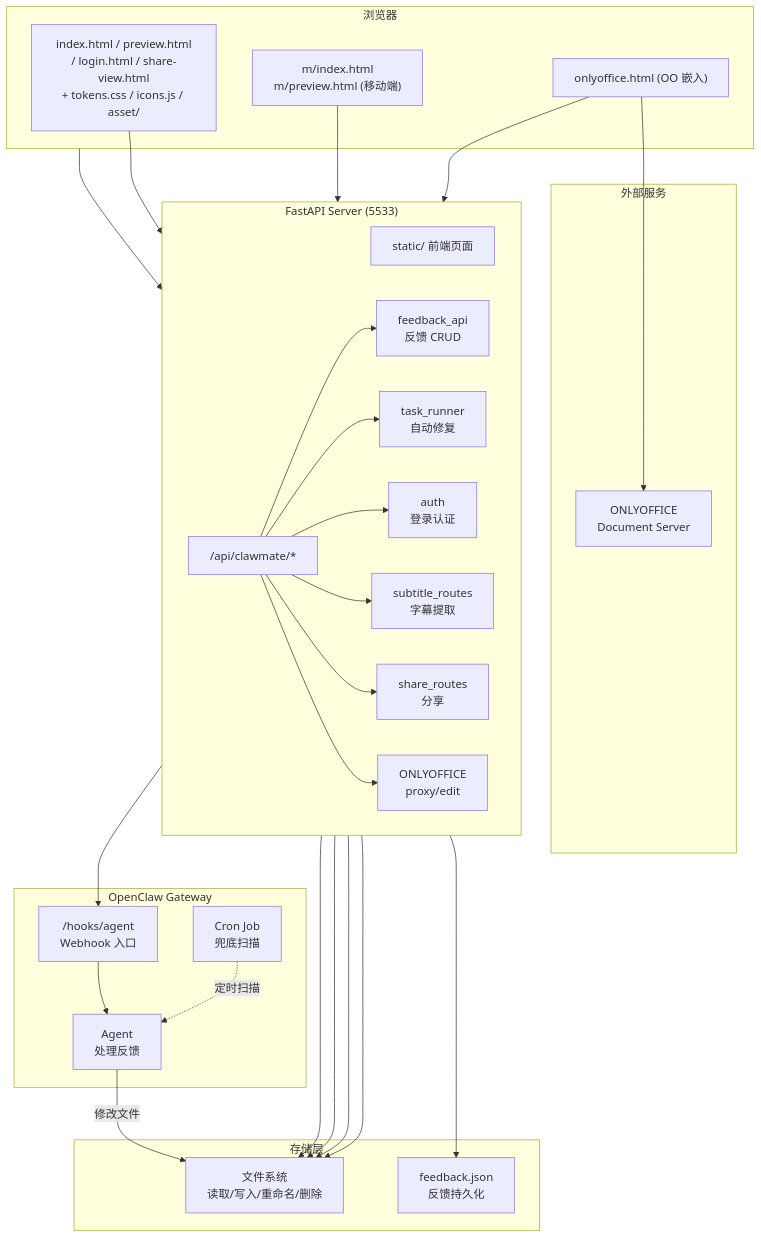
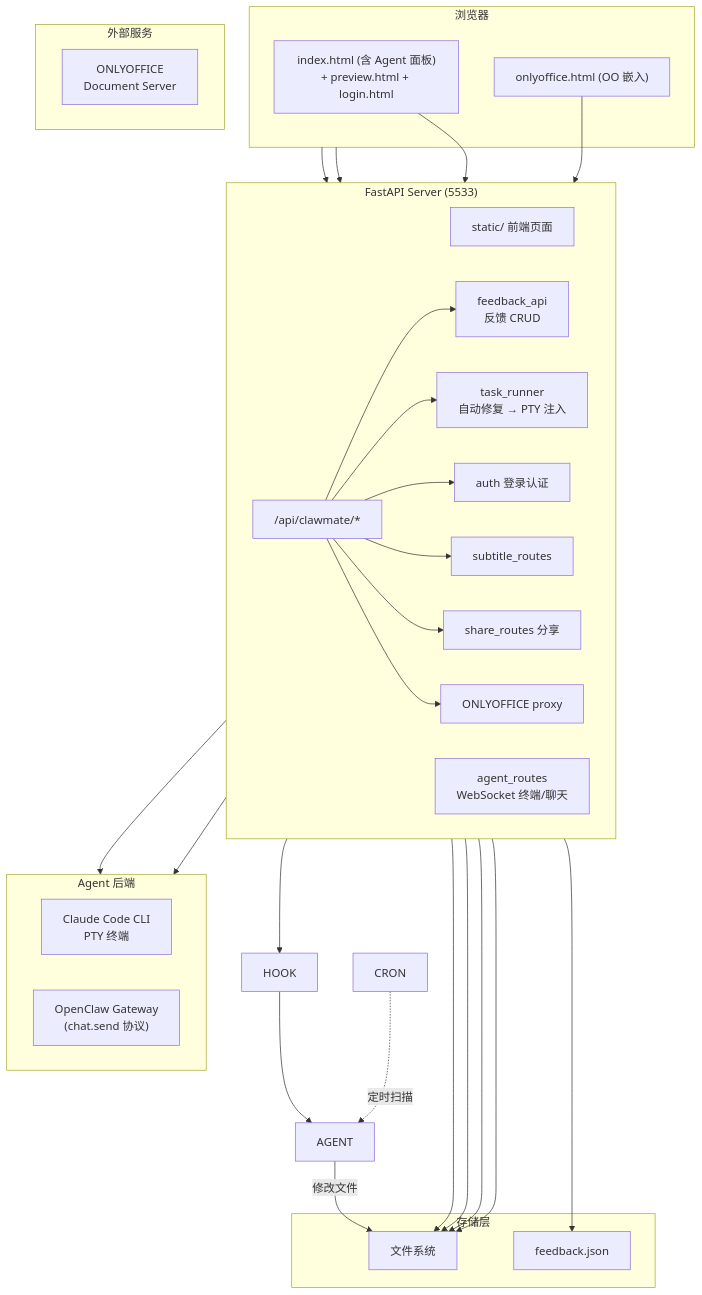
Before and after one commit to updatedb/clawmate: the third of 3 diagrams in README.md, drawn with Mermaid. The commit also changed other lines of this file and 17 other files, not shown here.

First line of the commit message:
feat(v1.40): Agent panel dual-backend, responsive strategy, list view optimization

````diff
--- a/README.md
+++ b/README.md
@@ -187,72 +249,67 @@
 ```mermaid
 flowchart TB
     subgraph Browser["浏览器"]
-        UI["index.html / preview.html\n/ login.html / share-view.html\n+ tokens.css / icons.js / asset/"]
-        MOBILE["m/index.html\nm/preview.html (移动端)"]
+        UI["index.html (含 Agent 面板)
++ preview.html + login.html"]
         OO["onlyoffice.html (OO 嵌入)"]
     end
 
     subgraph Server["FastAPI Server (5533)"]
         direction LR
         STATIC["static/ 前端页面"]
         API["/api/clawmate/*"]
+        AGENT_WS["agent_routes
+WebSocket 终端/聊天"]
         FEEDBACK["feedback_api
 反馈 CRUD"]
         TASK["task_runner
-自动修复"]
-        AUTH["auth
-登录认证"]
-        SUB["subtitle_routes
-字幕提取"]
-        SHARE["share_routes
-分享"]
-        OOAPI["ONLYOFFICE
-proxy/edit"]
+自动修复 → PTY 注入"]
+        AUTH["auth 登录认证"]
+        SUB["subtitle_routes"]
+        SHARE["share_routes 分享"]
+        OOAPI["ONLYOFFICE proxy"]
+    end
+
+    subgraph Backend["Agent 后端"]
+        direction LR
+        CLAUDE["Claude Code CLI
+PTY 终端"]
+        OC_GW["OpenClaw Gateway
+(chat.send 协议)"]
     end
 
     subgraph Storage["存储层"]
-        FS["文件系统
-读取/写入/重命名/删除"]
-        FB_JSON["feedback.json
-反馈持久化"]
-    end
-
-    subgraph OpenClaw["OpenClaw Gateway"]
-        HOOK["/hooks/agent
-Webhook 入口"]
-        AGENT["Agent
-处理反馈"]
-        CRON["Cron Job
-兜底扫描"]
+        FS["文件系统"]
+        FB_JSON["feedback.json"]
     end
 
     subgraph External["外部服务"]
         OODS["ONLYOFFICE
 Document Server"]
     end
 
     UI --> STATIC
-    MOBILE --> STATIC
     OO --> OOAPI
-    OO --> OODS
-
     Browser --> API
+    Browser --> AGENT_WS
+    AGENT_WS --> CLAUDE
+    AGENT_WS --> OC_GW
 
     API --> FEEDBACK
     API --> TASK
     API --> AUTH
     API --> SUB
     API --> SHARE
     API --> OOAPI
 
     FEEDBACK --> FB_JSON
     TASK --> FS
     SUB --> FS
     SHARE --> FS
     API --> FS
 
     FEEDBACK --> HOOK
     HOOK --> AGENT
     AGENT -->|修改文件| FS
     CRON -.->|定时扫描| AGENT
 ```
````
